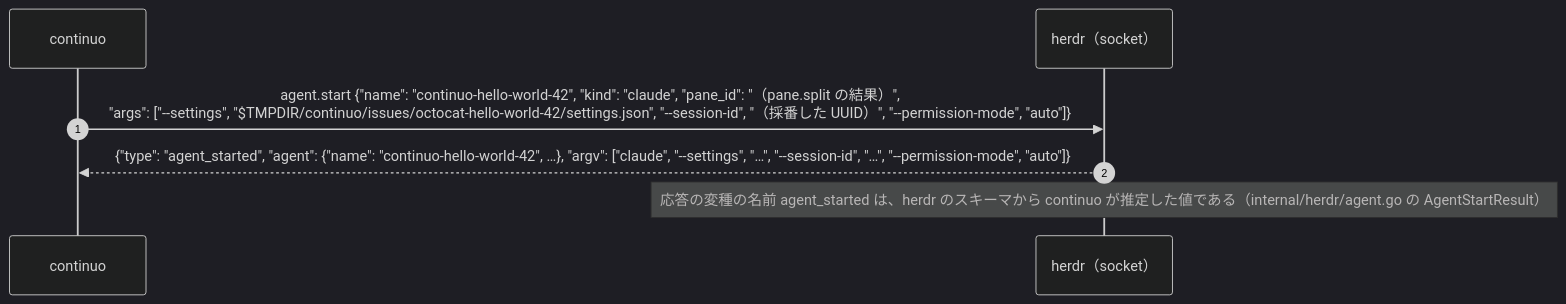
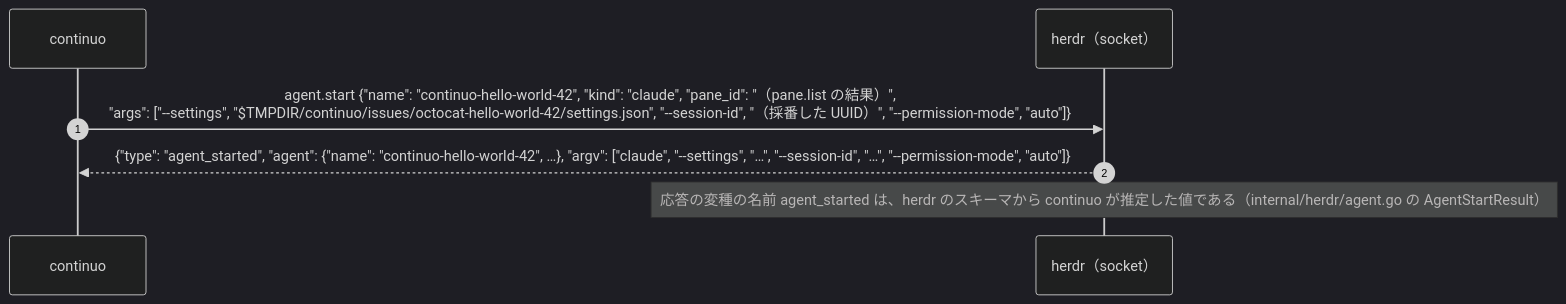
One commit to maimuzo/continuo changed the diagram in .claude/rules/reporting.md. Above: the diagram before and after it, drawn with Mermaid (dark theme). The commit also changed other lines of this file and 11 other files, not shown here.

First line of the commit message:
判断票と成果の報告の見本を7つの見出しの形にする chat では mermaid を使わない決まりと 1問1節の質問を足し カタカナの commit と古いリンクを直す

````diff
--- a/.claude/rules/reporting.md
+++ b/.claude/rules/reporting.md
@@ -254,9 +258,9 @@
 ```mermaid
 sequenceDiagram
     autonumber
     participant C as continuo
     participant H as herdr（socket）
-    C->>H: agent.start {"name": "continuo-hello-world-42", "kind": "claude", "pane_id": "（pane.split の結果）",<br/>"args": ["--settings", "$TMPDIR/continuo/issues/octocat-hello-world-42/settings.json", "--session-id", "（採番した UUID）", "--permission-mode", "auto"]}
+    C->>H: agent.start {"name": "continuo-hello-world-42", "kind": "claude", "pane_id": "（pane.list の結果）",<br/>"args": ["--settings", "$TMPDIR/continuo/issues/octocat-hello-world-42/settings.json", "--session-id", "（採番した UUID）", "--permission-mode", "auto"]}
     H-->>C: {"type": "agent_started", "agent": {"name": "continuo-hello-world-42", …}, "argv": ["claude", "--settings", "…", "--session-id", "…", "--permission-mode", "auto"]}
     Note over H: 応答の変種の名前 agent_started は、herdr のスキーマから continuo が推定した値である（internal/herdr/agent.go の AgentStartResult）
 ```
````
